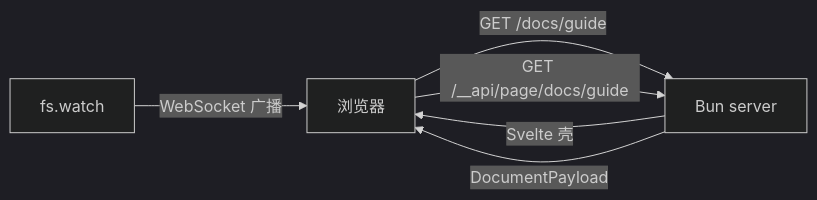
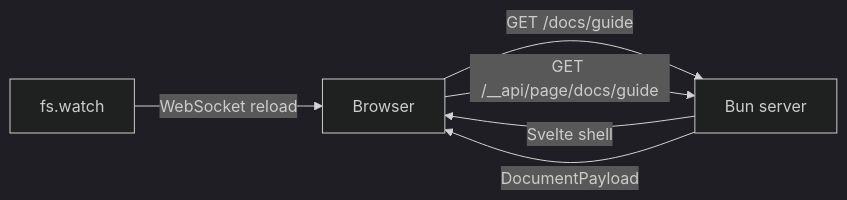
One commit to luohuidong/srvmd changed the diagram in README.md. Above: the diagram before and after it, drawn with Mermaid (dark theme). The commit also changed other lines of this file and 3 other files, not shown here.

````diff
--- a/README.md
+++ b/README.md
@@ -123,8 +125,8 @@
 ```mermaid
 flowchart LR
-  Browser[浏览器] -->|GET /docs/guide| Server[Bun server]
-  Server -->|Svelte 壳| Browser
+  Browser[Browser] -->|GET /docs/guide| Server[Bun server]
+  Server -->|Svelte shell| Browser
   Browser -->|GET /__api/page/docs/guide| Server
   Server -->|DocumentPayload| Browser
-  Watcher[fs.watch] -->|WebSocket 广播| Browser
+  Watcher[fs.watch] -->|WebSocket reload| Browser
 ```
````
